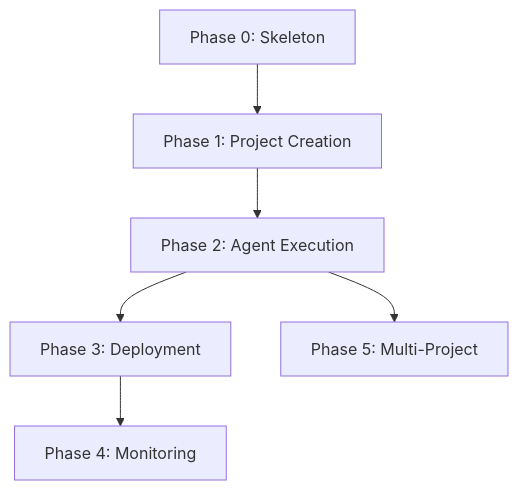
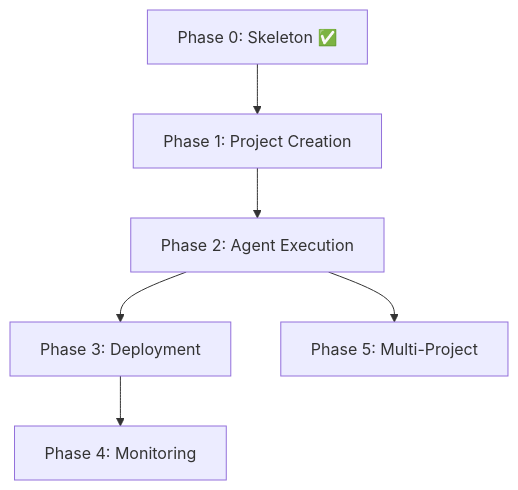
One commit to operator-auteng-ai/hq changed the first of 2 diagrams in docs/PLAN.md. Above: the diagram before and after it, drawn with Mermaid. The commit also changed other lines of this file and 3 other files, not shown here.

First line of the commit message:
docs: add agent orchestration architecture and detailed Phase 1+2 plan

````diff
--- a/docs/PLAN.md
+++ b/docs/PLAN.md
@@ -142,8 +404,8 @@
 ```mermaid
 graph TD
-    P0["Phase 0: Skeleton"] --> P1["Phase 1: Project Creation"]
+    P0["Phase 0: Skeleton ✅"] --> P1["Phase 1: Project Creation"]
     P1 --> P2["Phase 2: Agent Execution"]
     P2 --> P3["Phase 3: Deployment"]
     P3 --> P4["Phase 4: Monitoring"]
     P2 --> P5["Phase 5: Multi-Project"]
 ```
````
